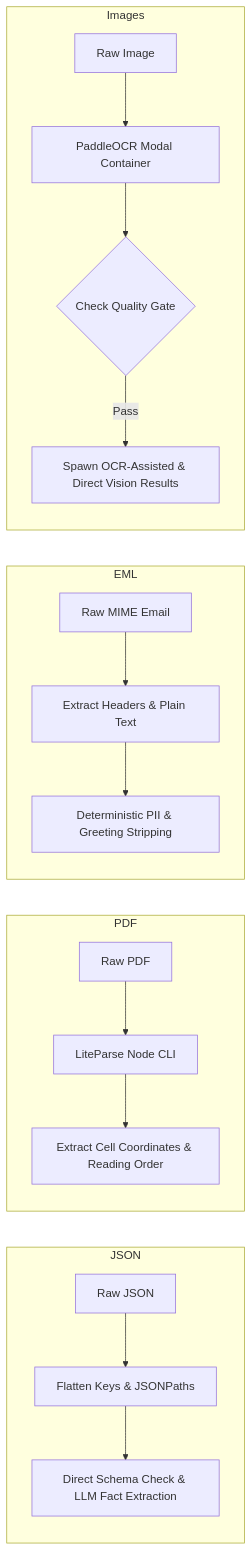
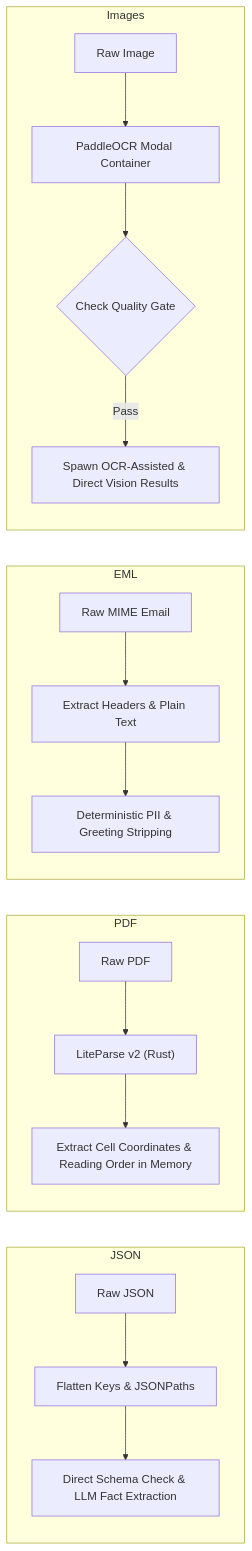
One commit to DreKwasi/axmed_document_ingestion changed the second of 4 diagrams in docs/system/system-architecture-deep-dive.md. Above: the diagram before and after it, drawn with Mermaid. The commit also changed other lines of this file, not shown here.

Commit message:
updated architecture

````diff
--- a/docs/system/system-architecture-deep-dive.md
+++ b/docs/system/system-architecture-deep-dive.md
@@ -184,23 +184,23 @@
 ```mermaid
 flowchart LR
     subgraph Sub_JSON ["JSON"]
         J1["Raw JSON"] --> J2["Flatten Keys & JSONPaths"]
         J2 --> J3["Direct Schema Check & LLM Fact Extraction"]
     end
 
     subgraph Sub_PDF ["PDF"]
-        P1["Raw PDF"] --> P2["LiteParse Node CLI"]
-        P2 --> P3["Extract Cell Coordinates & Reading Order"]
+        P1["Raw PDF"] --> P2["LiteParse v2 (Rust)"]
+        P2 --> P3["Extract Cell Coordinates & Reading Order in Memory"]
     end
 
     subgraph Sub_EML ["EML"]
         E1["Raw MIME Email"] --> E2["Extract Headers & Plain Text"]
         E2 --> E3["Deterministic PII & Greeting Stripping"]
     end
 
     subgraph Sub_Images ["Images"]
         I1["Raw Image"] --> I2["PaddleOCR Modal Container"]
         I2 --> I3{"Check Quality Gate"}
         I3 -->|Pass| I4["Spawn OCR-Assisted & Direct Vision Results"]
     end
 ```
````
